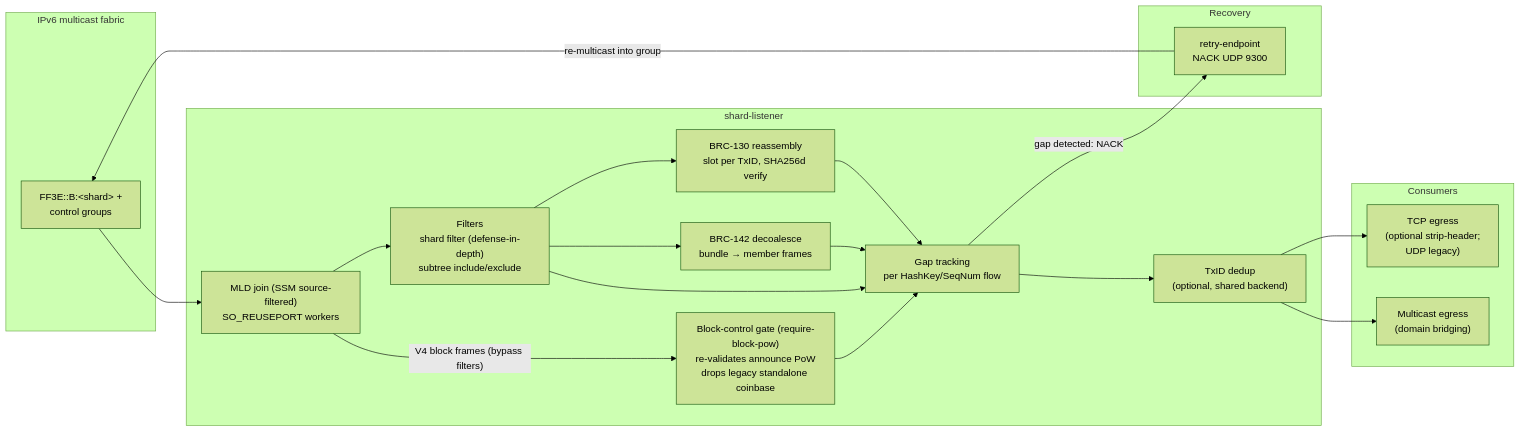
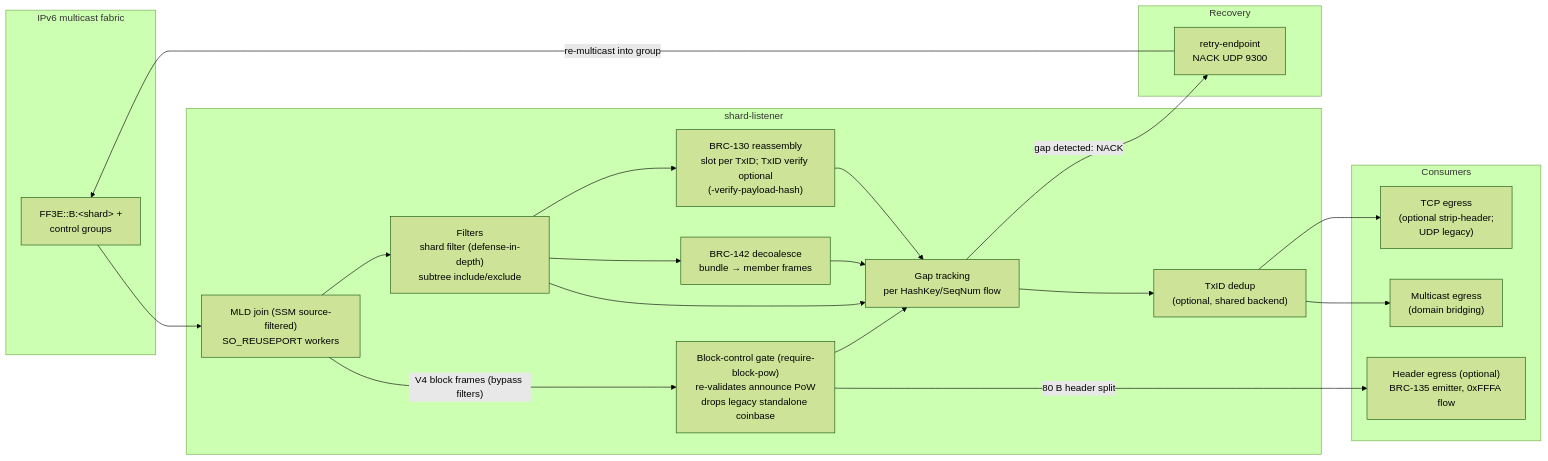
One commit to lightwebinc/bsv-multicast changed the second of 3 diagrams in diagrams/README.md. Above: the diagram before and after it, drawn with Mermaid (forest theme). The commit also changed other lines of this file and 14 other files, not shown here.

````diff
--- a/diagrams/README.md
+++ b/diagrams/README.md
@@ -62,40 +66,42 @@
 ```mermaid
 flowchart LR
     subgraph fabric["IPv6 multicast fabric"]
         GRP["FF3E::B:&lt;shard&gt; +<br/>control groups"]
     end
 
     subgraph listener["shard-listener"]
         JOIN["MLD join (SSM source-filtered)<br/>SO_REUSEPORT workers"]
         FILT["Filters<br/>shard filter (defense-in-depth)<br/>subtree include/exclude"]
         BGATE["Block-control gate (require-block-pow)<br/>re-validates announce PoW<br/>drops legacy standalone coinbase"]
-        REASM["BRC-130 reassembly<br/>slot per TxID, SHA256d verify"]
+        REASM["BRC-130 reassembly<br/>slot per TxID; TxID verify optional<br/>(-verify-payload-hash)"]
         DECO["BRC-142 decoalesce<br/>bundle → member frames"]
         GAP["Gap tracking<br/>per HashKey/SeqNum flow"]
         DEDUP["TxID dedup<br/>(optional, shared backend)"]
     end
 
     subgraph recovery["Recovery"]
         RETRY["retry-endpoint<br/>NACK UDP 9300"]
     end
 
     subgraph consumers["Consumers"]
         TCPOUT["TCP egress<br/>(optional strip-header;<br/>UDP legacy)"]
         MCOUT["Multicast egress<br/>(domain bridging)"]
+        HDROUT["Header egress (optional)<br/>BRC-135 emitter, 0xFFFA flow"]
     end
 
     GRP --> JOIN
     JOIN --> FILT
     FILT --> REASM
     FILT --> DECO
     REASM --> GAP
     DECO --> GAP
     FILT --> GAP
     JOIN -->|"V4 block frames (bypass filters)"| BGATE
     BGATE --> GAP
+    BGATE -->|"80 B header split"| HDROUT
     GAP -->|"gap detected: NACK"| RETRY
     RETRY -->|"re-multicast into group"| GRP
     GAP --> DEDUP
     DEDUP --> TCPOUT
     DEDUP --> MCOUT
 ```
````
